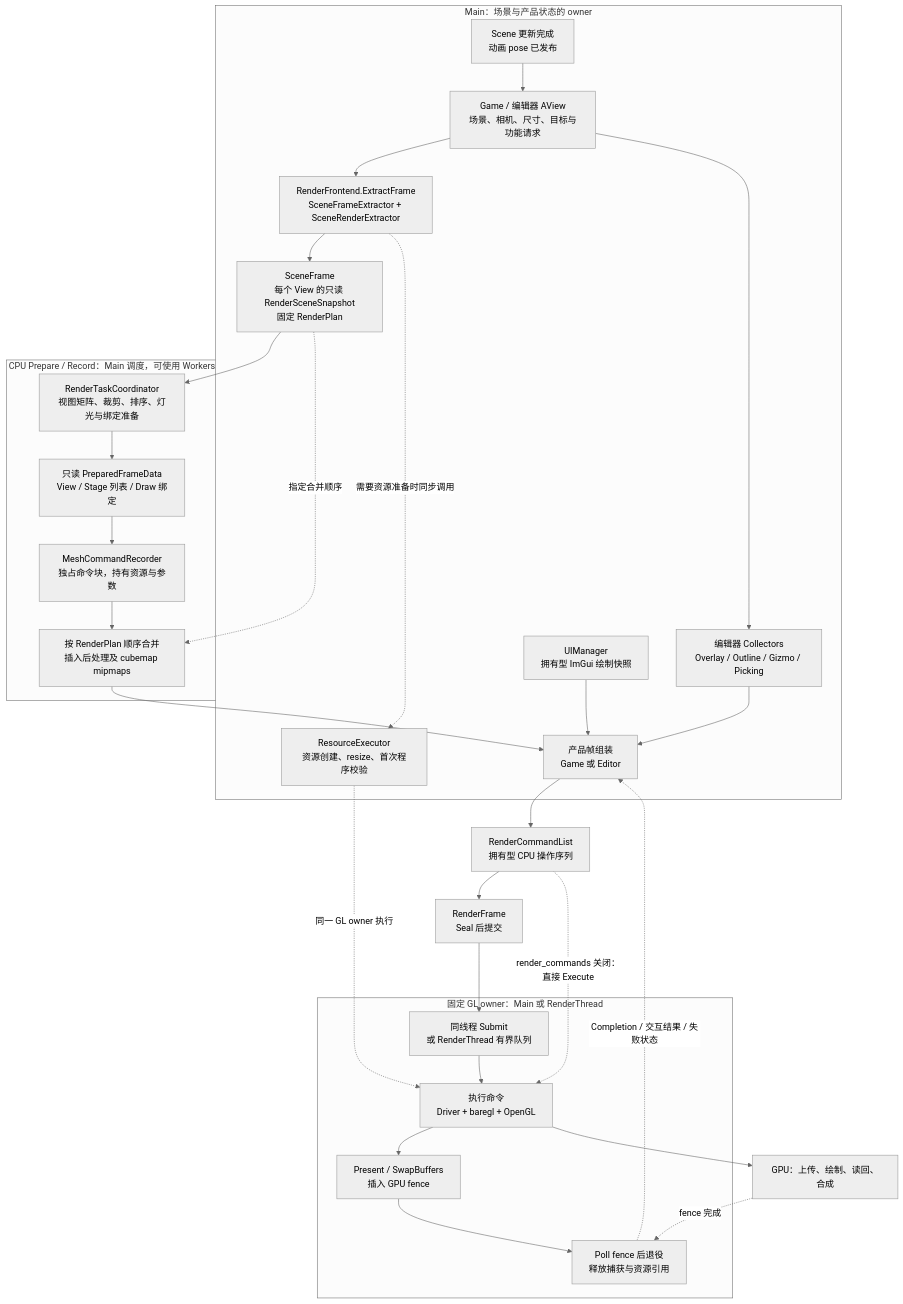
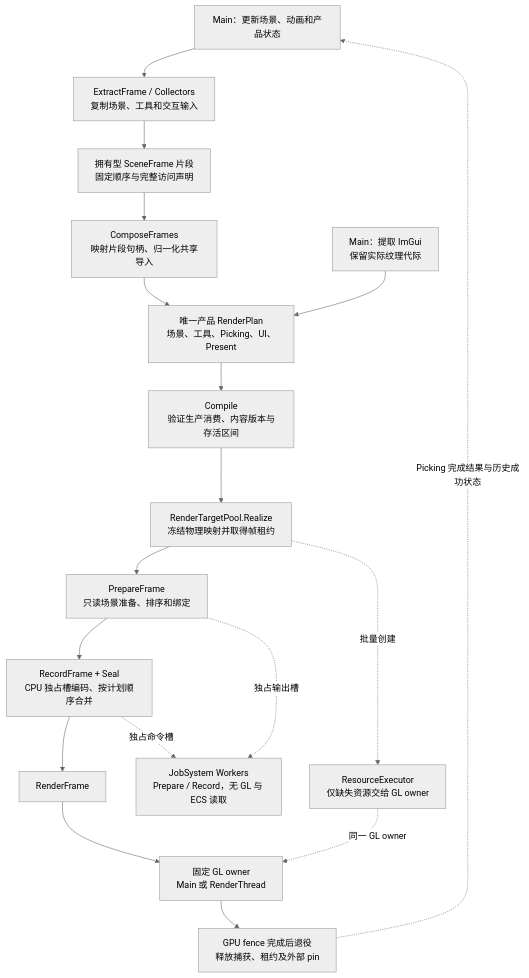
The first of 3 diagrams in RENDERING_ARCHITECTURE_DIAGRAM.zh-CN.md (jechyang/Overload), drawn with Mermaid (neutral theme) before and after one commit. The commit also changed other lines of this file and 29 other files, not shown here.

````diff
--- a/RENDERING_ARCHITECTURE_DIAGRAM.zh-CN.md
+++ b/RENDERING_ARCHITECTURE_DIAGRAM.zh-CN.md
@@ -11,43 +8,26 @@
 ```mermaid
 flowchart TB
-    subgraph main[Main：场景与产品状态的 owner]
-        update[Scene 更新完成<br/>动画 pose 已发布]
-        request[Game / 编辑器 AView<br/>场景、相机、尺寸、目标与功能请求]
-        extract[RenderFrontend.ExtractFrame<br/>SceneFrameExtractor + SceneRenderExtractor]
-        snapshot[SceneFrame<br/>每个 View 的只读 RenderSceneSnapshot<br/>固定 RenderPlan]
-        product[产品帧组装<br/>Game 或 Editor]
-        tools[编辑器 Collectors<br/>Overlay / Outline / Gizmo / Picking]
-        ui[UIManager<br/>拥有型 ImGui 绘制快照]
-        resource[ResourceExecutor<br/>资源创建、resize、首次程序校验]
-        update --> request --> extract --> snapshot
-        request --> tools
-        extract -. 需要资源准备时同步调用 .-> resource
-    end
-    subgraph cpu[CPU Prepare / Record：Main 调度，可使用 Workers]
-        prepare[RenderTaskCoordinator<br/>视图矩阵、裁剪、排序、灯光与绑定准备]
-        prepared[只读 PreparedFrameData<br/>View / Stage 列表 / Draw 绑定]
-        record[MeshCommandRecorder<br/>独占命令块，持有资源与参数]
-        merge[按 RenderPlan 顺序合并<br/>插入后处理及 cubemap mipmaps]
-        prepare --> prepared --> record --> merge
-    end
-    snapshot --> prepare
-    snapshot -. 指定合并顺序 .-> merge
-    merge --> product
-    tools --> product
-    ui --> product
-    product --> commands[RenderCommandList<br/>拥有型 CPU 操作序列]
-    commands --> frame[RenderFrame<br/>Seal 后提交]
-    subgraph execution[固定 GL owner：Main 或 RenderThread]
-        queue[同线程 Submit<br/>或 RenderThread 有界队列]
-        execute[执行命令<br/>Driver + baregl + OpenGL]
-        present[Present / SwapBuffers<br/>插入 GPU fence]
-        retire[Poll fence 后退役<br/>释放捕获与资源引用]
-        queue --> execute --> present --> retire
-    end
-    frame --> queue
-    resource -. 同一 GL owner 执行 .-> execute
-    commands -. render_commands 关闭：直接 Execute .-> execute
-    execute --> gpu[GPU：上传、绘制、读回、合成]
-    gpu -. fence 完成 .-> retire
-    retire -. Completion / 交互结果 / 失败状态 .-> product
+    update[Main：更新场景、动画和产品状态]
+    extract[ExtractFrame / Collectors<br/>复制场景、工具和交互输入]
+    fragments[拥有型 SceneFrame 片段<br/>固定顺序与完整访问声明]
+    compose[ComposeFrames<br/>映射片段句柄、归一化共享导入]
+    ui[Main：提取 ImGui<br/>保留实际纹理代际]
+    plan[唯一产品 RenderPlan<br/>场景、工具、Picking、UI、Present]
+    compile[Compile<br/>验证生产消费、内容版本与存活区间]
+    pool[RenderTargetPool.Realize<br/>冻结物理映射并取得帧租约]
+    prepare[PrepareFrame<br/>只读场景准备、排序和绑定]
+    record[RecordFrame + Seal<br/>CPU 独占槽编码、按计划顺序合并]
+    frame[RenderFrame]
+    execute[固定 GL owner<br/>Main 或 RenderThread]
+    retire[GPU fence 完成后退役<br/>释放捕获、租约及外部 pin]
+    update --> extract --> fragments --> compose --> plan
+    ui --> plan
+    plan --> compile --> pool --> prepare --> record --> frame --> execute --> retire
+    resource[ResourceExecutor<br/>仅缺失资源交给 GL owner]
+    pool -. 批量创建 .-> resource
+    resource -. 同一 GL owner .-> execute
+    jobs[JobSystem Workers<br/>Prepare / Record，无 GL 与 ECS 读取]
+    prepare -. 独占输出槽 .-> jobs
+    record -. 独占命令槽 .-> jobs
+    retire -. Picking 完成结果与历史成功状态 .-> update
 ```
````
